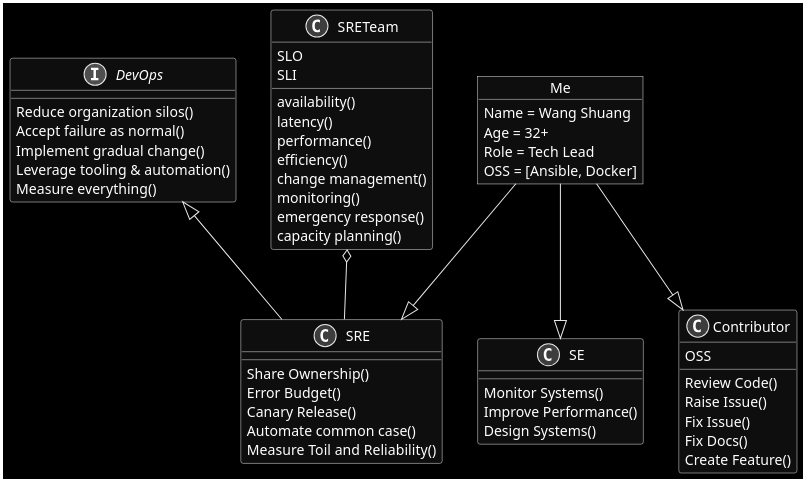
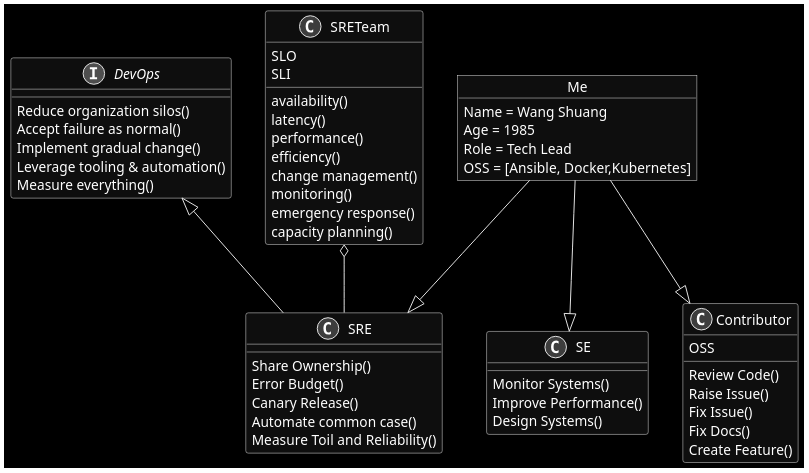
One commit to ptux/mashtun changed the diagram in docs/plantumls/me.md. Above: the diagram before and after it, drawn with PlantUML.

Commit message:
update age and oss

````diff
--- a/docs/plantumls/me.md
+++ b/docs/plantumls/me.md
@@ -1,63 +1,63 @@
 ```plantuml
 @startuml
 scale 800 width
 skinparam monochrome reverse
 
 interface DevOps{
     Reduce organization silos()
     Accept failure as normal()
     Implement gradual change()
     Leverage tooling & automation()
     Measure everything()
 }
 
 class SRE{
     Share Ownership()
     Error Budget()
     Canary Release()
     Automate common case()
     Measure Toil and Reliability()
 }
 Class SE{
     Monitor Systems()
     Improve Performance()
     Design Systems()
 }
 Class Contributor{
     OSS
     Review Code()
     Raise Issue()
     Fix Issue()
     Fix Docs()
     Create Feature()
 }
 
 class SRETeam{
     SLO
     SLI
     availability()
     latency()
     performance()
     efficiency()
     change management()
     monitoring()
     emergency response()
     capacity planning()
 }
 
 object Me
 Me : Name = Wang Shuang
-Me : Age = 32+
+Me : Age = 1985
 Me : Role = Tech Lead
-Me : OSS = [Ansible, Docker]
+Me : OSS = [Ansible, Docker,Kubernetes]
 
 
 DevOps <|-- SRE
 SRETeam o-- SRE
 
 Me --|> Contributor
 Me --|> SRE
 Me --|> SE
 
 @enduml
 ```
````
